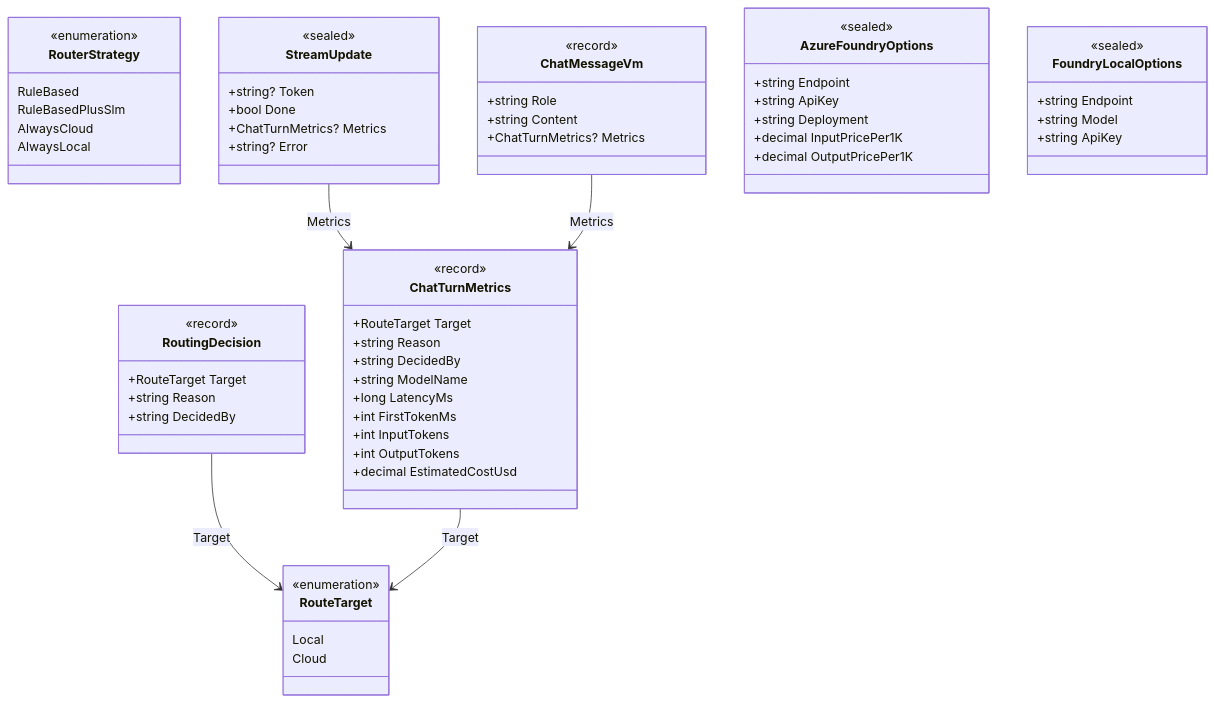
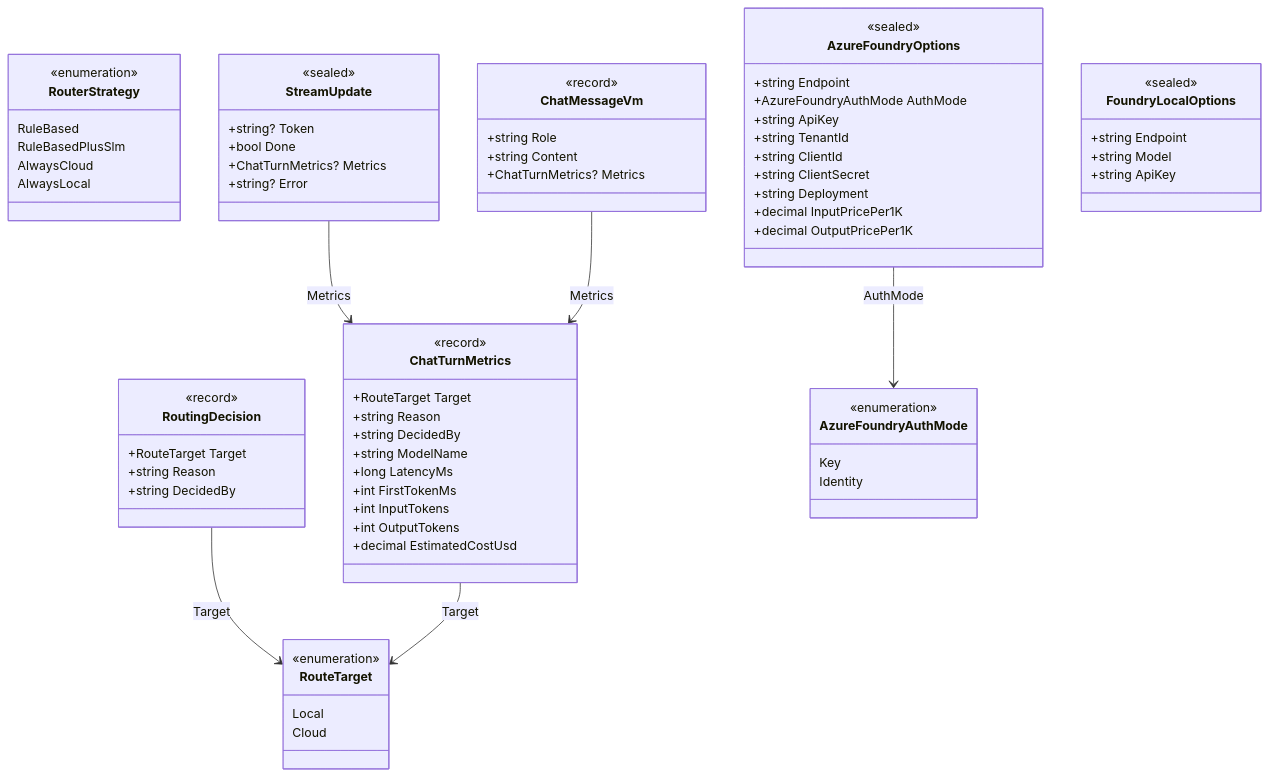
The second of 3 diagrams in src/HybridPingPong.Core/README.md (dpcons/HybridPingPong), drawn with Mermaid before and after one commit. The commit also changed 8 other files, not shown here.

First line of the commit message:
Support AzureFoundry Key & Entra ID authentication modes

````diff
--- a/src/HybridPingPong.Core/README.md
+++ b/src/HybridPingPong.Core/README.md
@@ -124,10 +124,20 @@
         +ChatTurnMetrics? Metrics
     }
 
+    class AzureFoundryAuthMode {
+        <<enumeration>>
+        Key
+        Identity
+    }
+
     class AzureFoundryOptions {
         <<sealed>>
         +string Endpoint
+        +AzureFoundryAuthMode AuthMode
         +string ApiKey
+        +string TenantId
+        +string ClientId
+        +string ClientSecret
         +string Deployment
         +decimal InputPricePer1K
         +decimal OutputPricePer1K
@@ -144,4 +154,5 @@
     ChatTurnMetrics --> RouteTarget : Target
     StreamUpdate --> ChatTurnMetrics : Metrics
     ChatMessageVm --> ChatTurnMetrics : Metrics
+    AzureFoundryOptions --> AzureFoundryAuthMode : AuthMode
 ```
````
